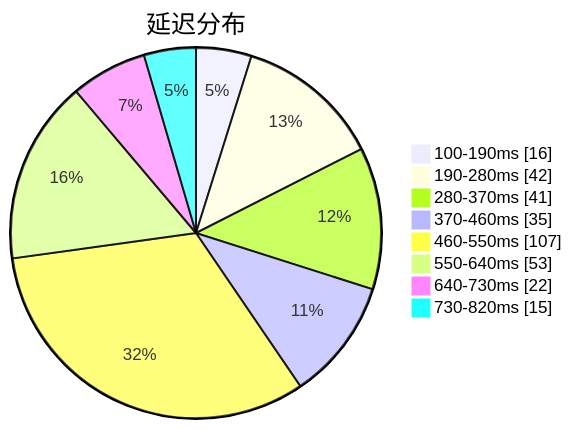
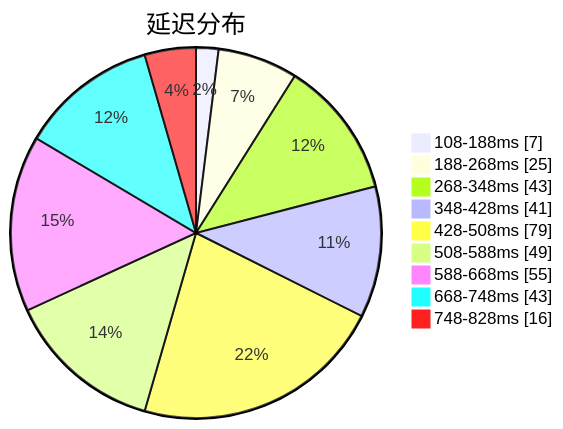
Before and after one commit to sinspired/airport: the first of 3 diagrams in subs/statistics/tested_within.md, drawn with Mermaid. The commit also changed other lines of this file and 2 other files, not shown here.

````diff
--- a/subs/statistics/tested_within.md
+++ b/subs/statistics/tested_within.md
@@ -2,12 +2,13 @@
 ```mermaid
 pie showData
 title 延迟分布
-"100-190ms" : 16
-"190-280ms" : 42
-"280-370ms" : 41
-"370-460ms" : 35
-"460-550ms" : 107
-"550-640ms" : 53
-"640-730ms" : 22
-"730-820ms" : 15
+"108-188ms" : 7
+"188-268ms" : 25
+"268-348ms" : 43
+"348-428ms" : 41
+"428-508ms" : 79
+"508-588ms" : 49
+"588-668ms" : 55
+"668-748ms" : 43
+"748-828ms" : 16
 ```
````
